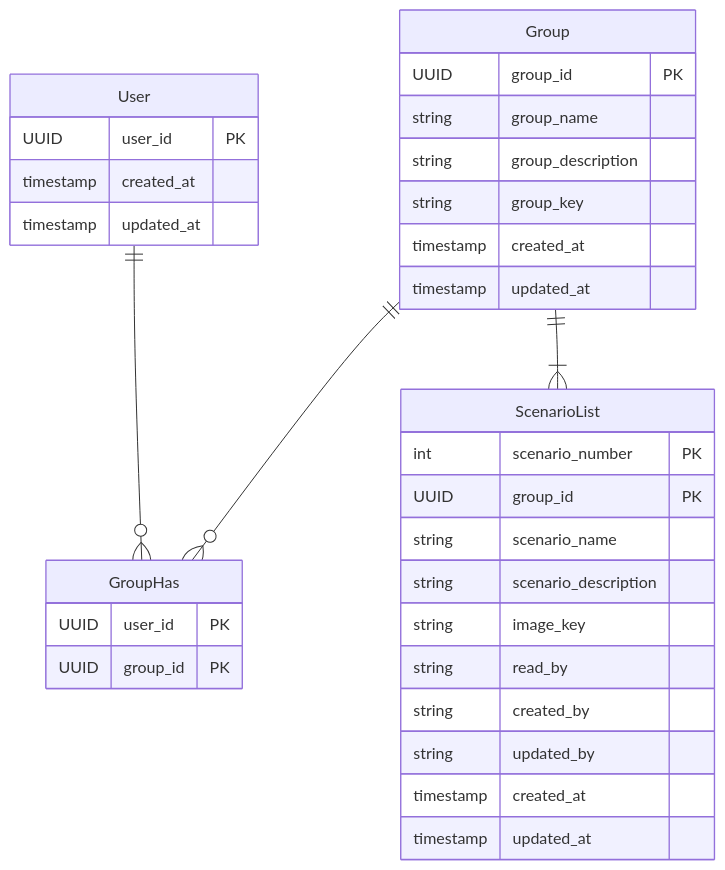
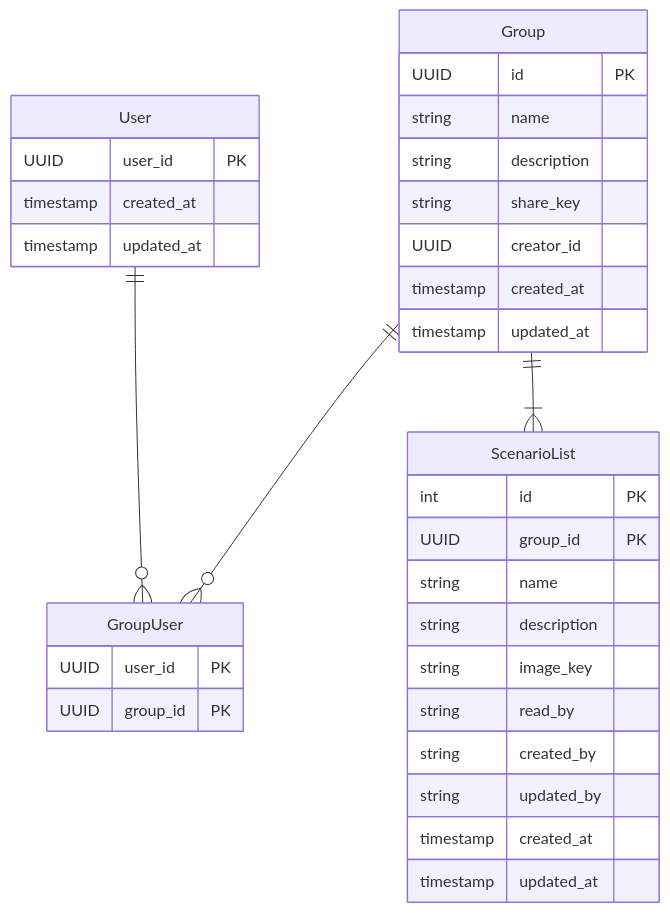
The diagram in 仕様書/システム構造設計書.md (Keito654/trpg-manager), drawn with Mermaid before and after one commit.

````diff
--- a/仕様書/システム構造設計書.md
+++ b/仕様書/システム構造設計書.md
@@ -19,35 +19,36 @@
 ```mermaid
 erDiagram
-    User ||--o{ GroupHas : ""
-    Group ||--o{ GroupHas : ""
+    User ||--o{ GroupUser : ""
+    Group ||--o{ GroupUser : ""
     Group ||--|{ ScenarioList : ""
     User {
       UUID user_id PK
       timestamp created_at
       timestamp updated_at
     }
     Group {
-      UUID group_id PK
-      string group_name
-      string group_description
-      string group_key
+      UUID id PK
+      string name
+      string description
+      string share_key
+      UUID creator_id
       timestamp created_at
       timestamp updated_at
     }
-    GroupHas {
+    GroupUser {
       UUID user_id PK
       UUID group_id PK
     }
     ScenarioList {
-      int scenario_number PK
+      int id PK
       UUID group_id PK
-      string scenario_name
-      string scenario_description
+      string name
+      string description
       string image_key
       string read_by
       string created_by
       string updated_by
       timestamp created_at
       timestamp updated_at
     }
 ```
````
